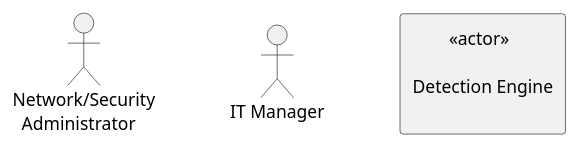
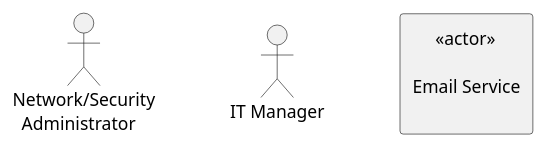
The diagram in diagrams/code/actors.puml (Amira-BOUAFIF/pfe-nids-report), drawn with PlantUML before and after one commit. The commit also changed 12 other files, not shown here.

Commit message:
rapport update and some fixes on the diagrams

```diff
--- a/diagrams/code/actors.puml
+++ b/diagrams/code/actors.puml
@@ -1,15 +1,14 @@
 @startuml
 left to right direction
 
 ' Human actors
 actor "Network/Security\n  Administrator" as Admin
 actor "IT Manager" as ITM
 
-' System actor (boxed style)
-rectangle "        <<actor>>\n\nDetection Engine\n" as DE
+rectangle "     <<actor>>\n\nEmail Service\n" as DE
 
 ' Force same horizontal alignment
 Admin -[hidden]-> ITM
 ITM -[hidden]-> DE
 
 @enduml
```
